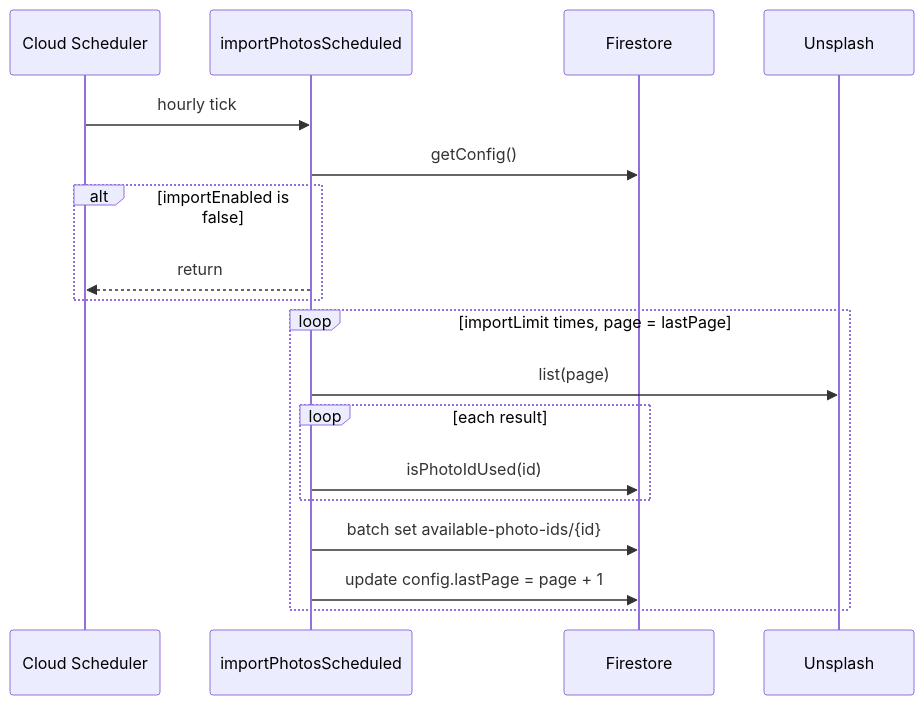
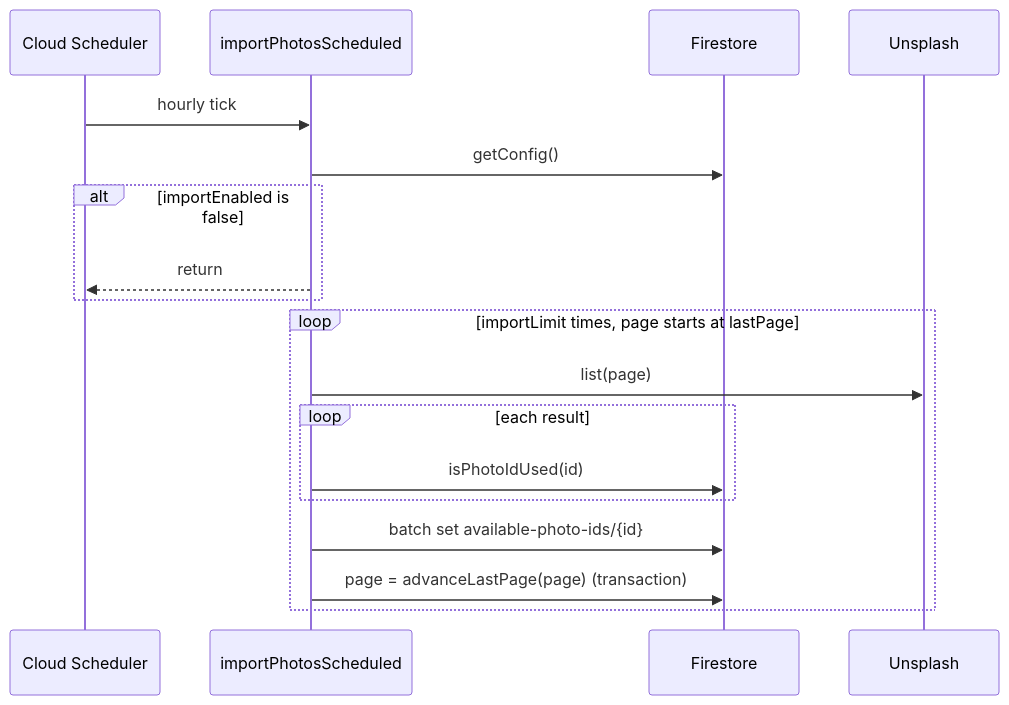
Before and after one commit to abraham/daily-cat: the diagram in specs/photo-ingestion.md, drawn with Mermaid. The commit also changed other lines of this file and 14 other files, not shown here.

````diff
--- a/specs/photo-ingestion.md
+++ b/specs/photo-ingestion.md
@@ -46,20 +46,20 @@
 ```mermaid
 sequenceDiagram
   participant S as Cloud Scheduler
   participant I as importPhotosScheduled
   participant FS as Firestore
   participant U as Unsplash
   S->>I: hourly tick
   I->>FS: getConfig()
   alt importEnabled is false
     I-->>S: return
   end
-  loop importLimit times, page = lastPage
+  loop importLimit times, page starts at lastPage
     I->>U: list(page)
     loop each result
       I->>FS: isPhotoIdUsed(id)
     end
     I->>FS: batch set available-photo-ids/{id}
-    I->>FS: update config.lastPage = page + 1
+    I->>FS: page = advanceLastPage(page) (transaction)
   end
 ```
````
